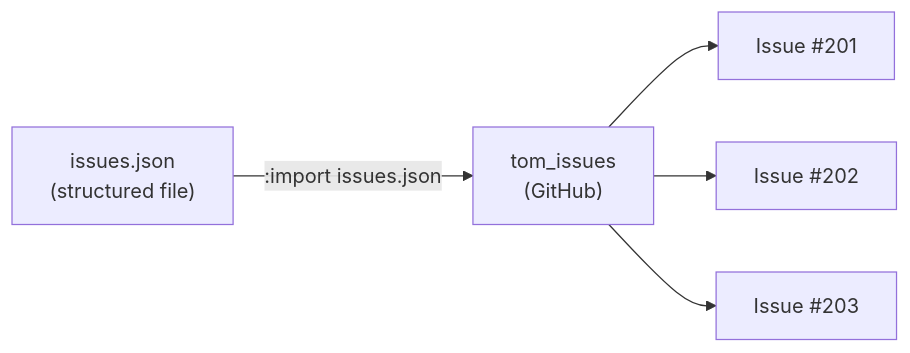
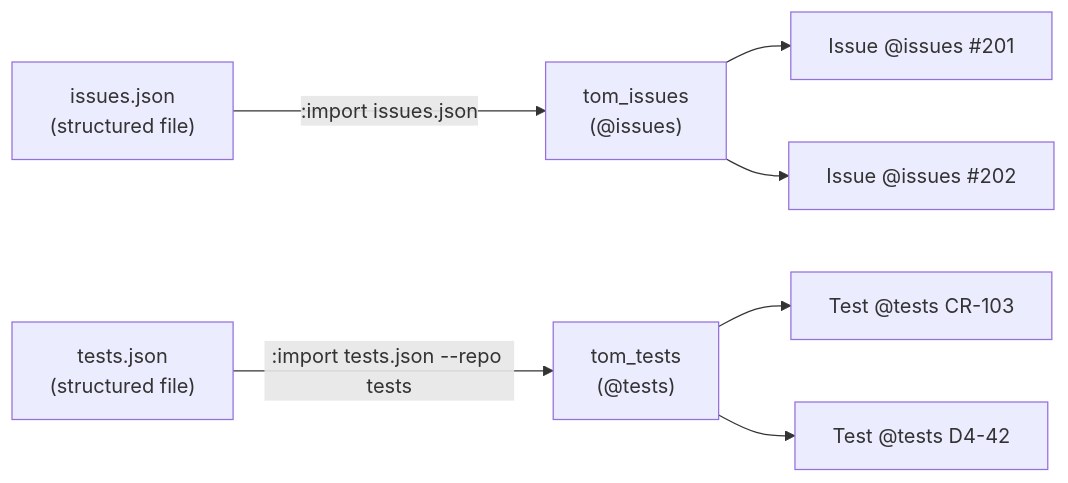
Before and after one commit to al-the-bear/tom_module_basics: diagram 15 of 37 in tom_issue_kit/doc/issuekit_command_reference.md, drawn with Mermaid. The commit also changed other lines of this file and 1 other file, not shown here.

First line of the commit message:
docs: architectural redesign — two issue trackers, @issues/@tests/@code terminology, nightly backup

````diff
--- a/tom_issue_kit/doc/issuekit_command_reference.md
+++ b/tom_issue_kit/doc/issuekit_command_reference.md
@@ -730,7 +750,9 @@
 ```mermaid
 graph LR
-    F["issues.json<br/>(structured file)"] -->|":import issues.json"| GH["tom_issues<br/>(GitHub)"]
-    GH --> I1["Issue #201"]
-    GH --> I2["Issue #202"]
-    GH --> I3["Issue #203"]
+    F1["issues.json<br/>(structured file)"] -->|":import issues.json"| GH1["tom_issues<br/>(@issues)"]
+    GH1 --> I1["Issue @issues #201"]
+    GH1 --> I2["Issue @issues #202"]
+    F2["tests.json<br/>(structured file)"] -->|":import tests.json --repo tests"| GH2["tom_tests<br/>(@tests)"]
+    GH2 --> T1["Test @tests CR-103"]
+    GH2 --> T2["Test @tests D4-42"]
 ```
````
